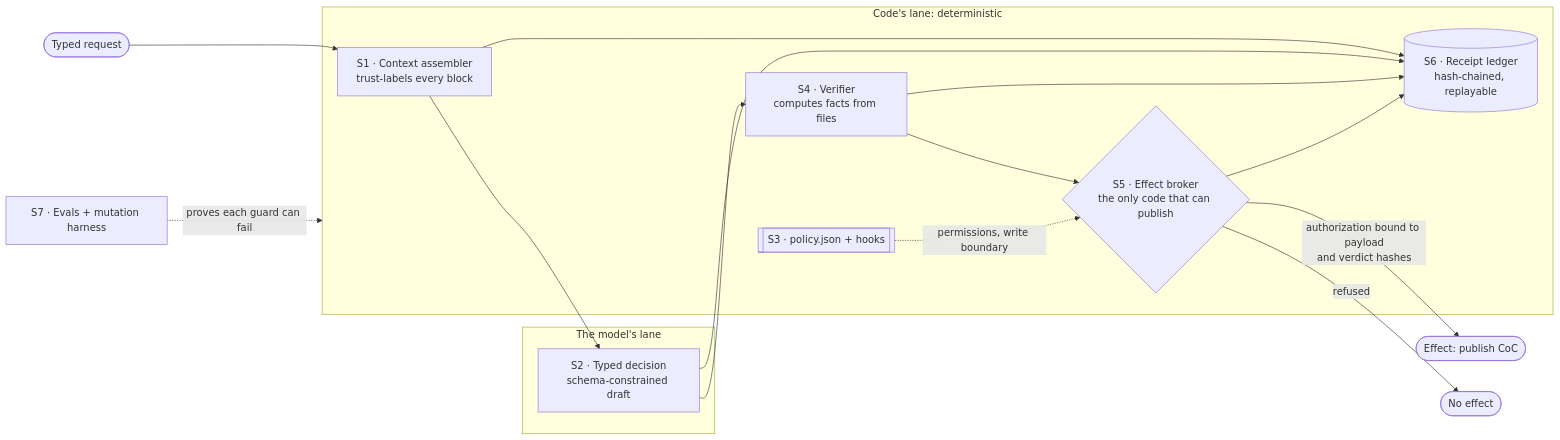
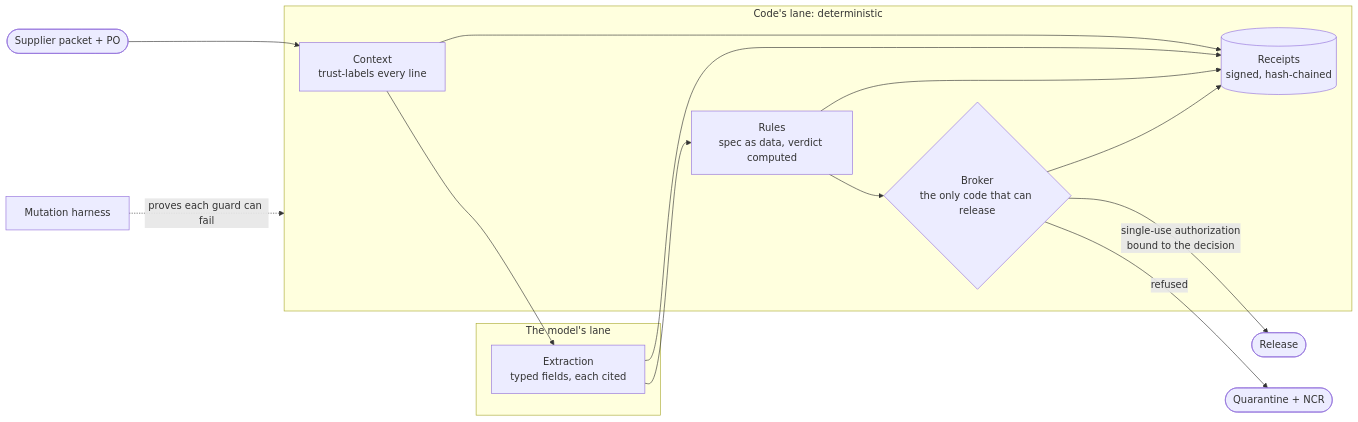
Before and after one commit to shmindmaster/assay: the diagram in README.md, drawn with Mermaid. The commit also changed other lines of this file and 67 other files, not shown here.

````diff
--- a/README.md
+++ b/README.md
@@ -92,20 +94,18 @@
 ```mermaid
 flowchart LR
-  REQ([Typed request]) --> S1
+  IN([Supplier packet + PO]) --> S1
   subgraph MODEL[" The model's lane "]
-    S2["S2 · Typed decision<br/>schema-constrained draft"]
+    S2["Extraction<br/>typed fields, each cited"]
   end
   subgraph CODE[" Code's lane: deterministic "]
-    S1["S1 · Context assembler<br/>trust-labels every block"]
-    S4["S4 · Verifier<br/>computes facts from files"]
-    S5{"S5 · Effect broker<br/>the only code that can publish"}
-    S3[["S3 · policy.json + hooks"]]
-    S6[("S6 · Receipt ledger<br/>hash-chained, replayable")]
+    S1["Context<br/>trust-labels every line"]
+    S4["Rules<br/>spec as data, verdict computed"]
+    S5{"Broker<br/>the only code that can release"}
+    S6[("Receipts<br/>signed, hash-chained")]
   end
   S1 --> S2 --> S4 --> S5
-  S3 -. permissions, write boundary .-> S5
-  S5 -- "authorization bound to payload<br/>and verdict hashes" --> OUT([Effect: publish CoC])
-  S5 -- refused --> NO([No effect])
+  S5 -- "single-use authorization<br/>bound to the decision" --> OUT([Release])
+  S5 -- refused --> NO([Quarantine + NCR])
   S1 & S2 & S4 & S5 --> S6
-  S7["S7 · Evals + mutation harness"] -. proves each guard can fail .-> CODE
+  S7["Mutation harness"] -. proves each guard can fail .-> CODE
 ```
````
